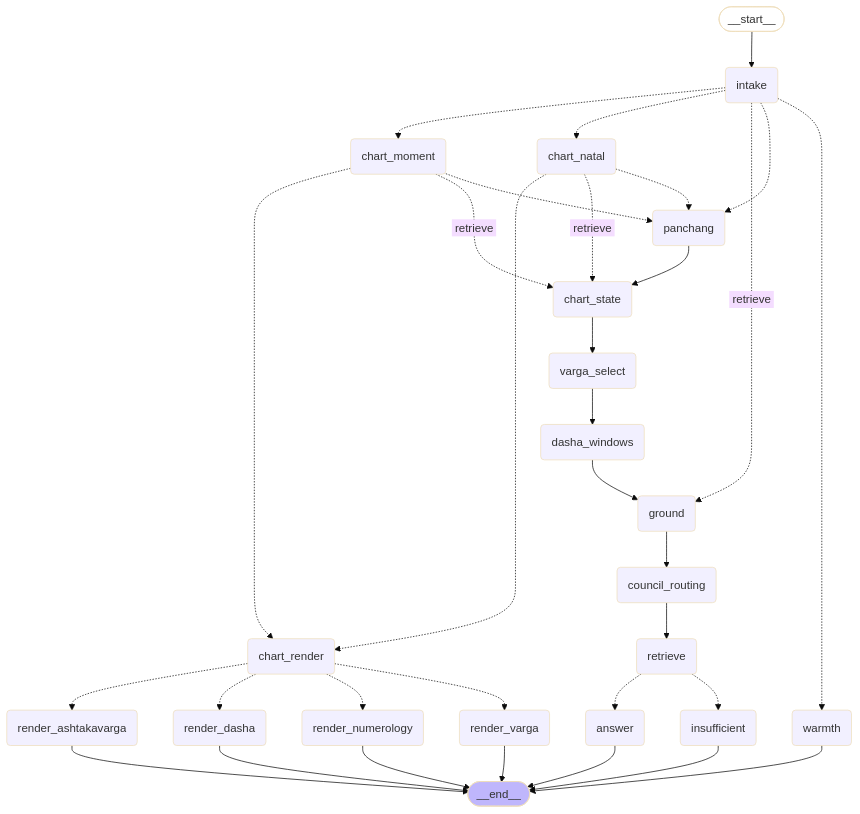
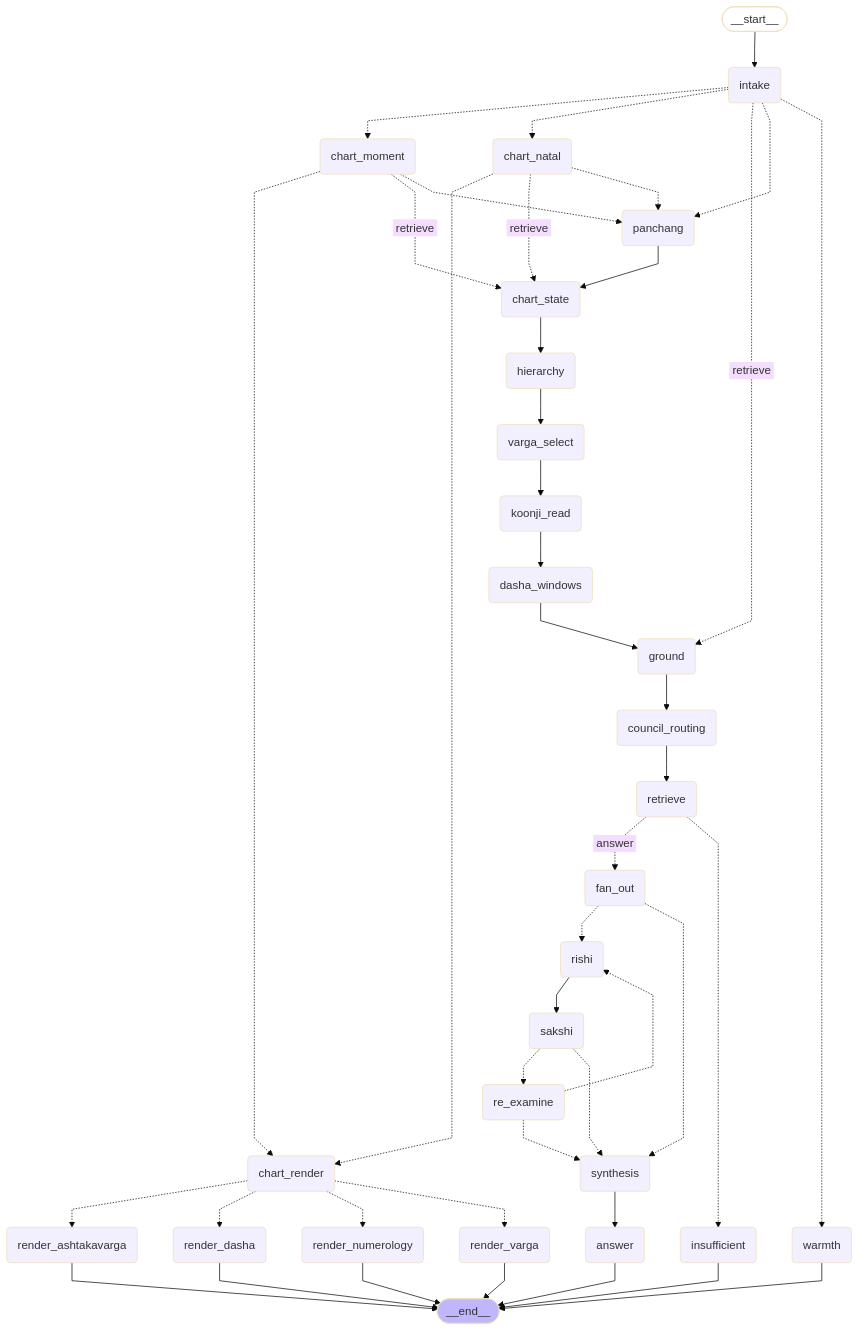
One commit to dianapps233lokesh/rishivan_demo changed the diagram in rishivan/graph/README.md. Above: the diagram before and after it, drawn with Mermaid (base theme). The commit also changed other lines of this file and 1 other file, not shown here.

````diff
--- a/rishivan/graph/README.md
+++ b/rishivan/graph/README.md
@@ -18,57 +18,79 @@
 ```mermaid
+---
+config:
+  flowchart:
+    curve: linear
+---
 graph TD;
 	__start__([<p>__start__</p>]):::first
 	intake(intake)
 	warmth(warmth)
 	chart_natal(chart_natal)
 	chart_moment(chart_moment)
 	panchang(panchang)
 	chart_state(chart_state)
+	hierarchy(hierarchy)
 	varga_select(varga_select)
+	koonji_read(koonji_read)
 	dasha_windows(dasha_windows)
 	chart_render(chart_render)
 	render_varga(render_varga)
 	render_dasha(render_dasha)
 	render_ashtakavarga(render_ashtakavarga)
 	render_numerology(render_numerology)
 	ground(ground)
 	council_routing(council_routing)
 	retrieve(retrieve)
+	fan_out(fan_out)
+	rishi(rishi)
+	sakshi(sakshi)
+	re_examine(re_examine)
+	synthesis(synthesis)
 	answer(answer)
 	insufficient(insufficient)
 	__end__([<p>__end__</p>]):::last
 	__start__ --> intake;
 	chart_moment -.-> chart_render;
 	chart_moment -. &nbsp;retrieve&nbsp; .-> chart_state;
 	chart_moment -.-> panchang;
 	chart_natal -.-> chart_render;
 	chart_natal -. &nbsp;retrieve&nbsp; .-> chart_state;
 	chart_natal -.-> panchang;
 	chart_render -.-> render_ashtakavarga;
 	chart_render -.-> render_dasha;
 	chart_render -.-> render_numerology;
 	chart_render -.-> render_varga;
-	chart_state --> varga_select;
+	chart_state --> hierarchy;
 	council_routing --> retrieve;
 	dasha_windows --> ground;
+	fan_out -.-> rishi;
+	fan_out -.-> synthesis;
 	ground --> council_routing;
+	hierarchy --> varga_select;
 	intake -.-> chart_moment;
 	intake -.-> chart_natal;
 	intake -. &nbsp;retrieve&nbsp; .-> ground;
 	intake -.-> panchang;
 	intake -.-> warmth;
+	koonji_read --> dasha_windows;
 	panchang --> chart_state;
-	retrieve -.-> answer;
+	re_examine -.-> rishi;
+	re_examine -.-> synthesis;
+	retrieve -. &nbsp;answer&nbsp; .-> fan_out;
 	retrieve -.-> insufficient;
-	varga_select --> dasha_windows;
+	rishi --> sakshi;
+	sakshi -.-> re_examine;
+	sakshi -.-> synthesis;
+	synthesis --> answer;
+	varga_select --> koonji_read;
 	answer --> __end__;
 	insufficient --> __end__;
 	render_ashtakavarga --> __end__;
 	render_dasha --> __end__;
 	render_numerology --> __end__;
 	render_varga --> __end__;
 	warmth --> __end__;
 	classDef default fill:#f2f0ff,line-height:1.2
 	classDef first fill-opacity:0
 	classDef last fill:#bfb6fc
 ```
````
